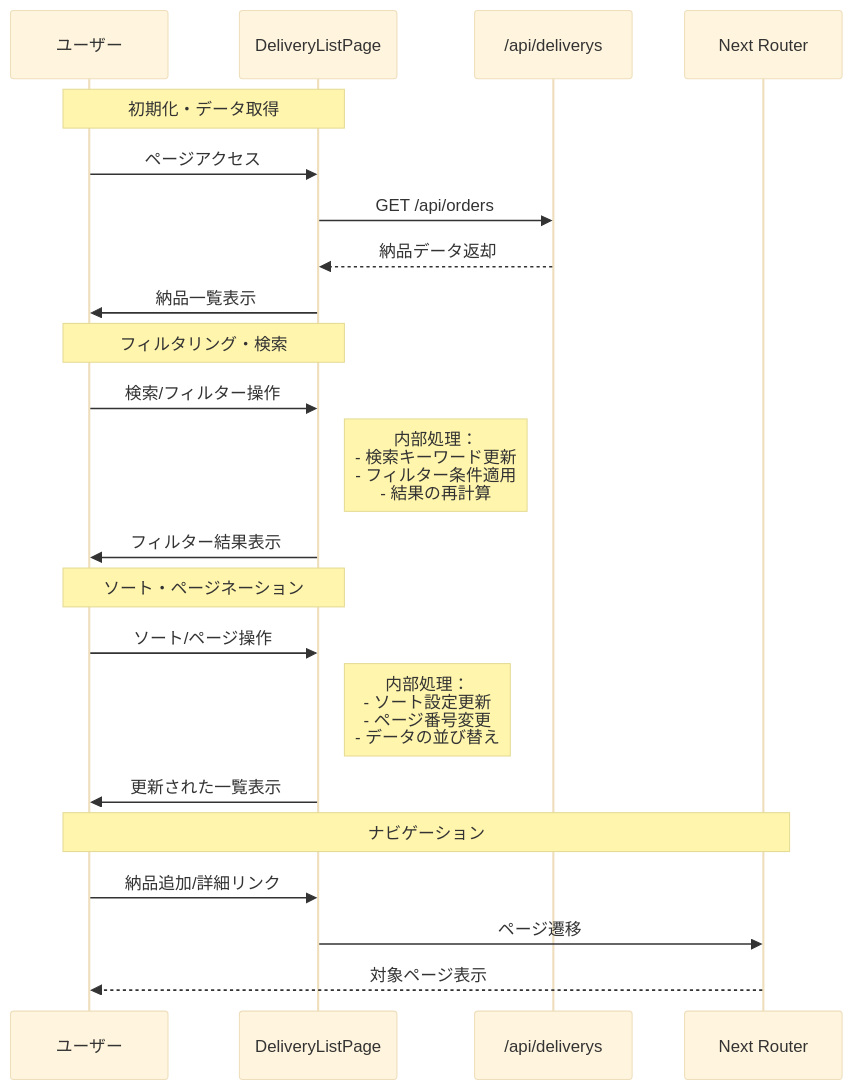
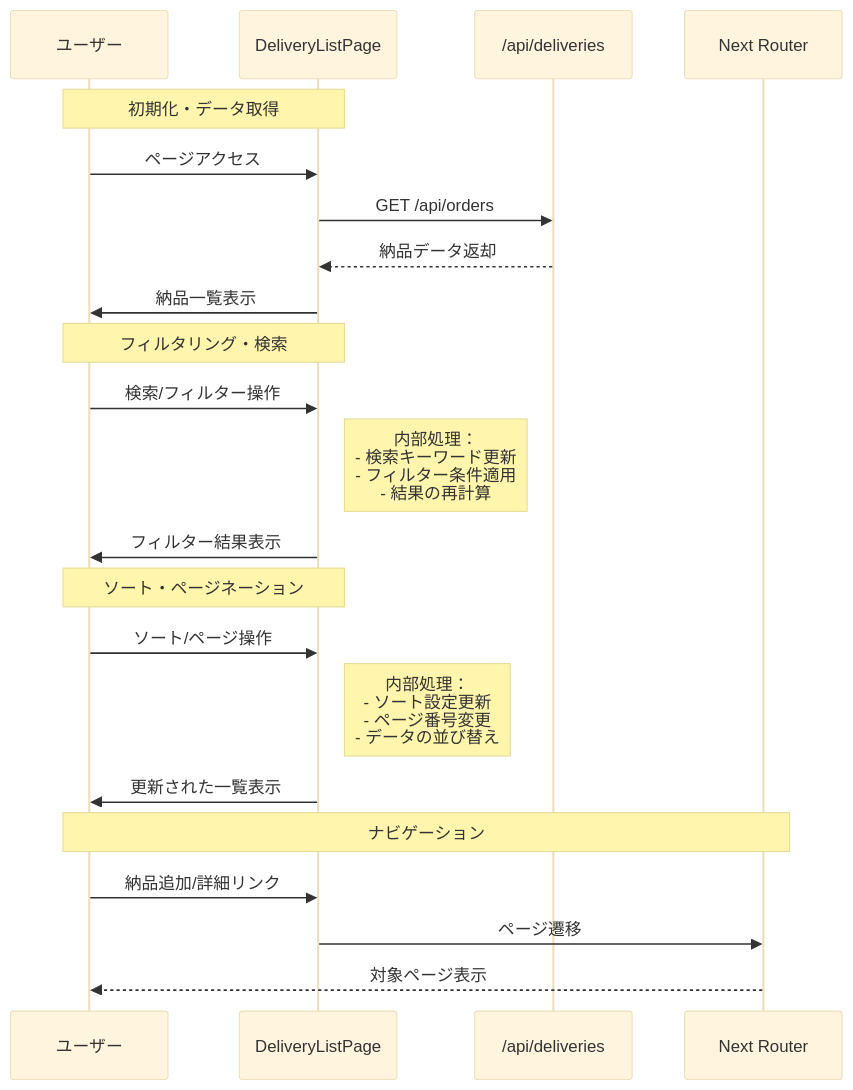
The diagram in document/delivery/DeliveryList.md (wasabi49/ocs-systemDevelopmentExercises), drawn with Mermaid (base theme) before and after one commit.

Commit message:
APIの表記を修正し、"/api/deliverys"を"/api/deliveries"に変更

````diff
--- a/document/delivery/DeliveryList.md
+++ b/document/delivery/DeliveryList.md
@@ -1,25 +1,25 @@
 ```mermaid
 sequenceDiagram
     participant User as ユーザー
     participant Page as DeliveryListPage
-    participant API as /api/deliverys
+    participant API as /api/deliveries
     participant Router as Next Router
 
     Note over User, Page: 初期化・データ取得
     User->>Page: ページアクセス
     Page->>API: GET /api/orders
     API-->>Page: 納品データ返却
     Page->>User: 納品一覧表示
     Note over User, Page: フィルタリング・検索
     User->>Page: 検索/フィルター操作
     Note right of Page: 内部処理：<br/>- 検索キーワード更新<br/>- フィルター条件適用<br/>- 結果の再計算
     Page->>User: フィルター結果表示
     Note over User, Page: ソート・ページネーション
     User->>Page: ソート/ページ操作
     Note right of Page: 内部処理：<br/>- ソート設定更新<br/>- ページ番号変更<br/>- データの並び替え
     Page->>User: 更新された一覧表示
     Note over User, Router: ナビゲーション
     User->>Page: 納品追加/詳細リンク
     Page->>Router: ページ遷移
     Router-->>User: 対象ページ表示
 ```
````
